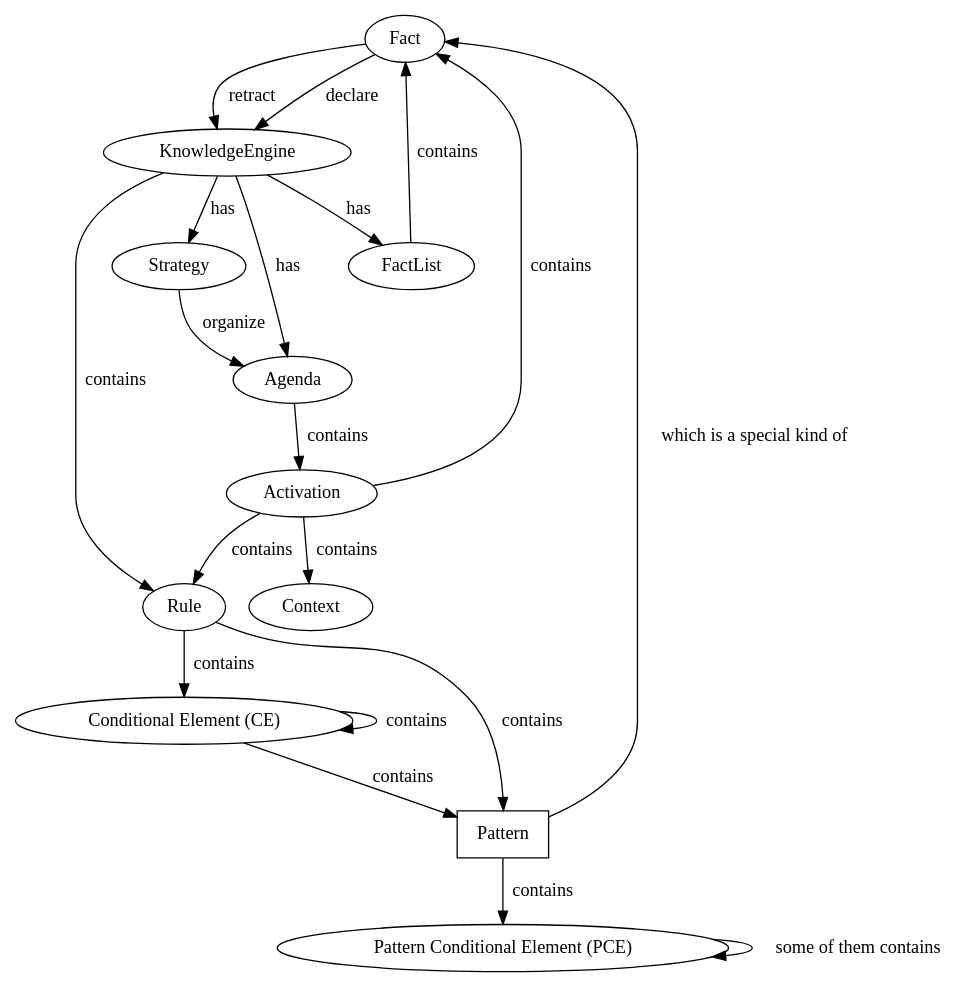
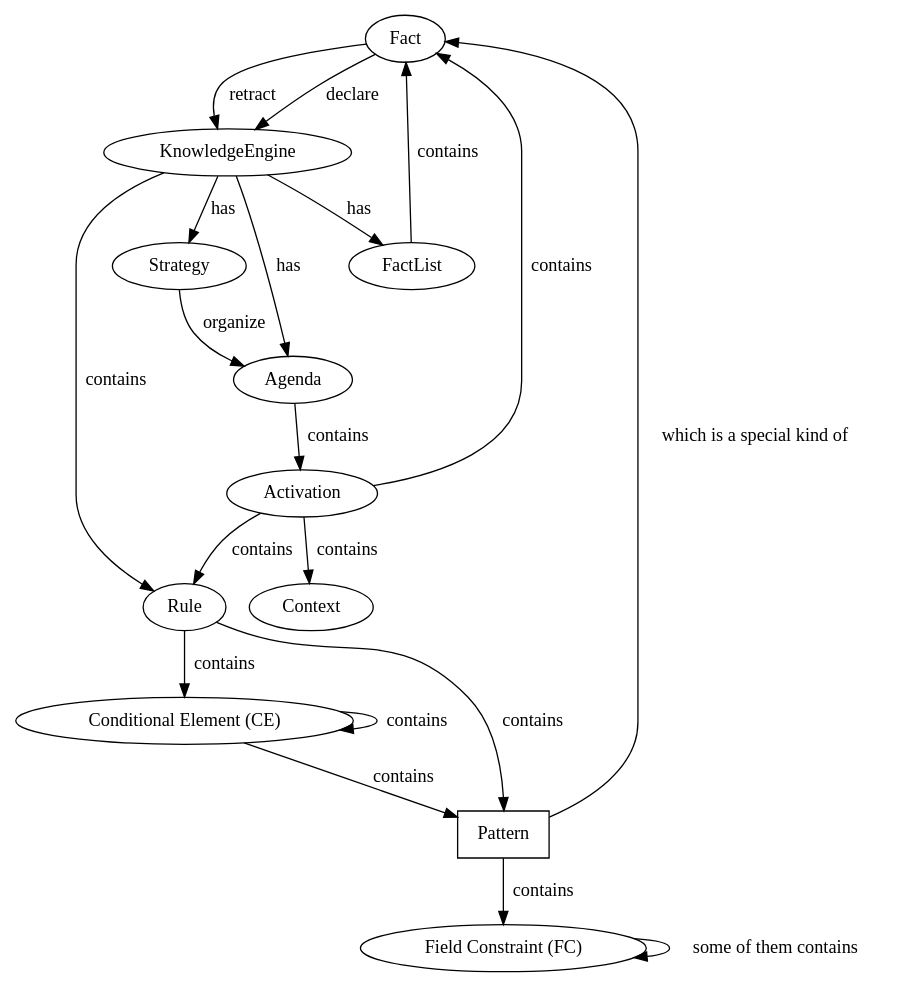
One commit to buguroo/pyknow changed the first of 2 diagrams in docs/source/reference.rst. Above: the diagram before and after it, drawn with Graphviz. The commit also changed other lines of this file and 2 other files, not shown here.

```diff
--- a/docs/source/reference.rst
+++ b/docs/source/reference.rst
@@ -7,36 +7,36 @@
 .. graphviz::
 
    digraph relation {
      "Fact";
      "KnowledgeEngine" [label="KnowledgeEngine"];
 
      "CE" [label="Conditional Element (CE)"];
      "Fact" [label="Fact"];
-     "PCE" [label="Pattern Conditional Element (PCE)"];
+     "FC" [label="Field Constraint (FC)"];
      "Pattern" [label="Pattern", shape="box"];
 
 
      "CE" -> "CE" [label="contains"];
      "CE" -> "Pattern" [label="contains"];
 
-     "PCE" -> "PCE" [label="some of them contains"];
+     "FC" -> "FC" [label="some of them contains"];
 
-     "Pattern" -> "PCE" [label="contains"]
+     "Pattern" -> "FC" [label="contains"]
      "Rule" -> "CE" [label="contains"];
      "Rule" -> "Pattern" [label="contains"];
 
      "Pattern" -> "Fact" [label="which is a special kind of"];
 
      "KnowledgeEngine" -> "Rule" [label="contains"];
      "Fact" -> "KnowledgeEngine" [label="declare"];
      "Fact" -> "KnowledgeEngine" [label="retract"];
      "KnowledgeEngine" -> "Agenda" [label="has"];
      "KnowledgeEngine" -> "FactList" [label="has"];
      "KnowledgeEngine" -> "Strategy" [label="has"];
      "FactList" -> "Fact" [label="contains"];
      "Agenda" -> "Activation" [label="contains"];
      "Activation" -> "Rule" [label="contains"];
      "Activation" -> "Fact" [label="contains"];
      "Activation" -> "Context" [label="contains"];
      "Strategy" -> "Agenda" [label="organize"];
    }
```
